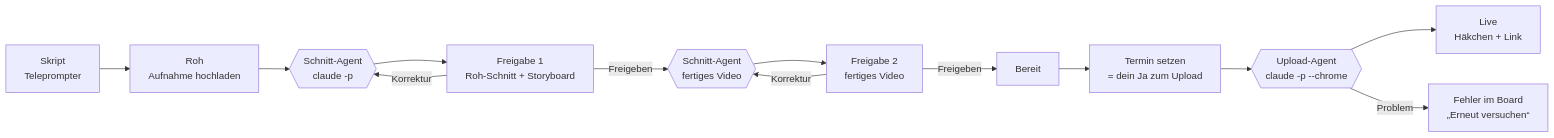
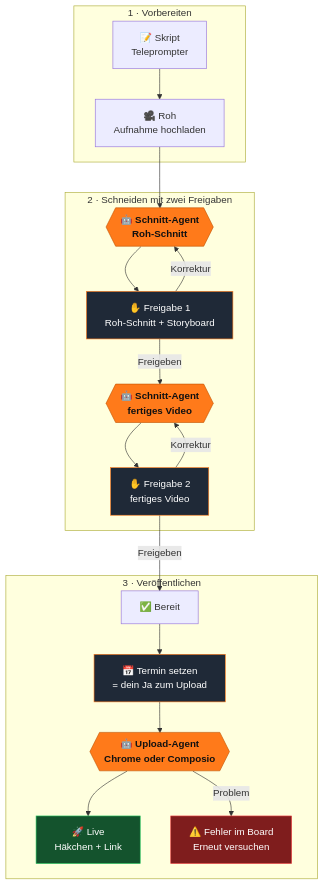
The diagram in README.md (onursi/content-command-center-template), drawn with Mermaid before and after one commit. The commit also changed other lines of this file, not shown here.

Commit message:
Ablaufdiagramm senkrecht in drei Phasen mit Farben

````diff
--- a/README.md
+++ b/README.md
@@ -17,15 +17,29 @@
 ```mermaid
-flowchart LR
-    S[Skript<br/>Teleprompter] --> R[Roh<br/>Aufnahme hochladen]
-    R --> A{{Schnitt-Agent<br/>claude -p}}
-    A --> F1[Freigabe 1<br/>Roh-Schnitt + Storyboard]
-    F1 -- Korrektur --> A
-    F1 -- Freigeben --> A2{{Schnitt-Agent<br/>fertiges Video}}
-    A2 --> F2[Freigabe 2<br/>fertiges Video]
-    F2 -- Korrektur --> A2
-    F2 -- Freigeben --> B[Bereit]
-    B --> T[Termin setzen<br/>= dein Ja zum Upload]
-    T --> U{{Upload-Agent<br/>claude -p --chrome}}
-    U --> L[Live<br/>Häkchen + Link]
-    U -- Problem --> E[Fehler im Board<br/>„Erneut versuchen“]
+flowchart TD
+    subgraph P1["1 · Vorbereiten"]
+        S["📝 Skript<br/>Teleprompter"] --> R["🎥 Roh<br/>Aufnahme hochladen"]
+    end
+    subgraph P2["2 · Schneiden mit zwei Freigaben"]
+        A{{"🤖 Schnitt-Agent<br/>Roh-Schnitt"}} --> F1["✋ Freigabe 1<br/>Roh-Schnitt + Storyboard"]
+        F1 -- "Korrektur" --> A
+        F1 -- "Freigeben" --> A2{{"🤖 Schnitt-Agent<br/>fertiges Video"}}
+        A2 --> F2["✋ Freigabe 2<br/>fertiges Video"]
+        F2 -- "Korrektur" --> A2
+    end
+    subgraph P3["3 · Veröffentlichen"]
+        B["✅ Bereit"] --> T["📅 Termin setzen<br/>= dein Ja zum Upload"]
+        T --> U{{"🤖 Upload-Agent<br/>Chrome oder Composio"}}
+        U --> L["🚀 Live<br/>Häkchen + Link"]
+        U -- "Problem" --> E["⚠️ Fehler im Board<br/>Erneut versuchen"]
+    end
+    R --> A
+    F2 -- "Freigeben" --> B
+    classDef agent fill:#FF7A1A,stroke:#c25400,color:#111,font-weight:bold
+    classDef du fill:#1f2937,stroke:#FF7A1A,color:#fff
+    classDef ok fill:#14532d,stroke:#22c55e,color:#fff
+    classDef err fill:#7f1d1d,stroke:#ef4444,color:#fff
+    class A,A2,U agent
+    class F1,F2,T du
+    class L ok
+    class E err
 ```
````
